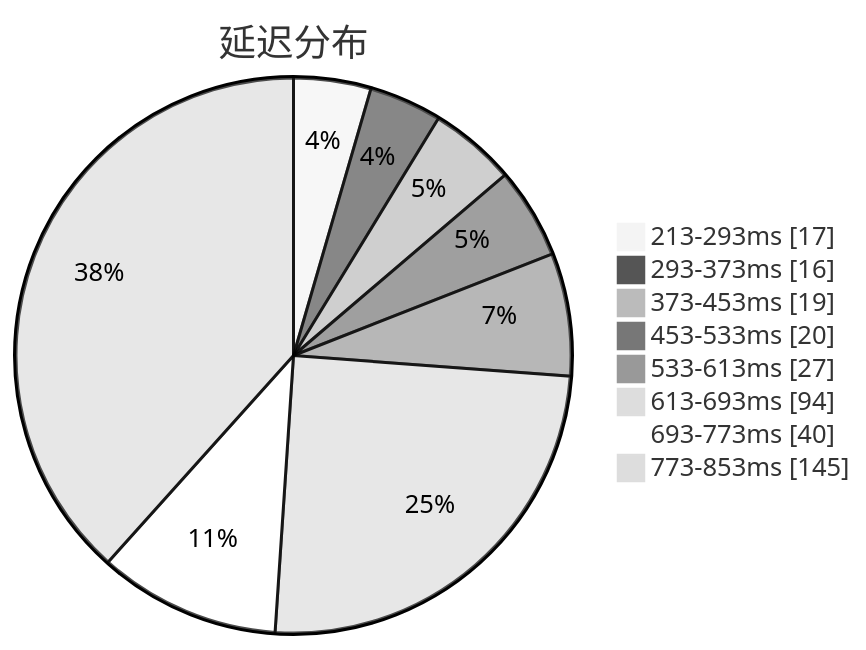
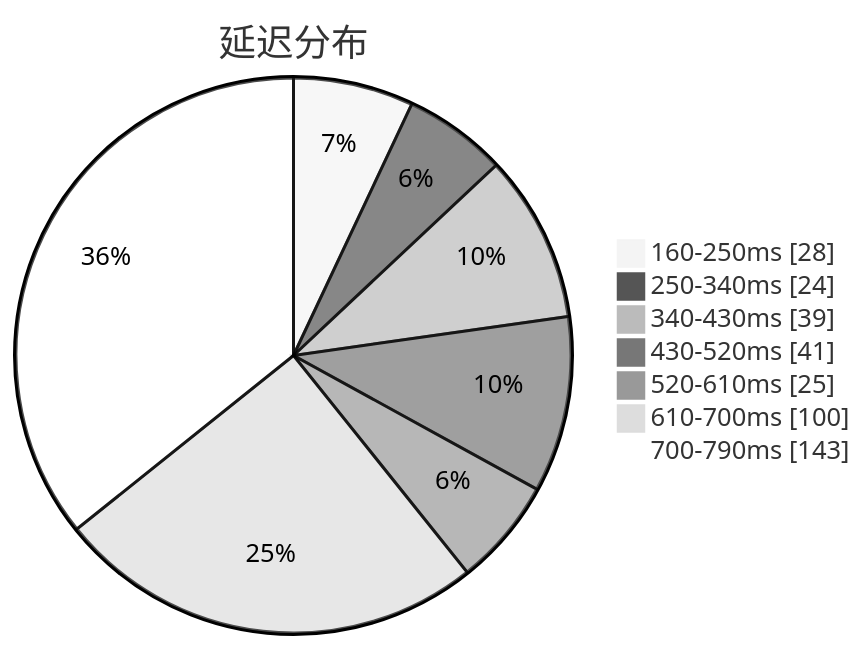
One commit to qjlxg/airport changed the first of 3 diagrams in subs/statistics/tested_within.md. Above: the diagram before and after it, drawn with Mermaid (neutral theme). The commit also changed other lines of this file and 2 other files, not shown here.

Commit message:
Tested by metaST

````diff
--- a/subs/statistics/tested_within.md
+++ b/subs/statistics/tested_within.md
@@ -2,12 +2,11 @@
 ```mermaid
 pie showData
 title 延迟分布
-"213-293ms" : 17
-"293-373ms" : 16
-"373-453ms" : 19
-"453-533ms" : 20
-"533-613ms" : 27
-"613-693ms" : 94
-"693-773ms" : 40
-"773-853ms" : 145
+"160-250ms" : 28
+"250-340ms" : 24
+"340-430ms" : 39
+"430-520ms" : 41
+"520-610ms" : 25
+"610-700ms" : 100
+"700-790ms" : 143
 ```
````
